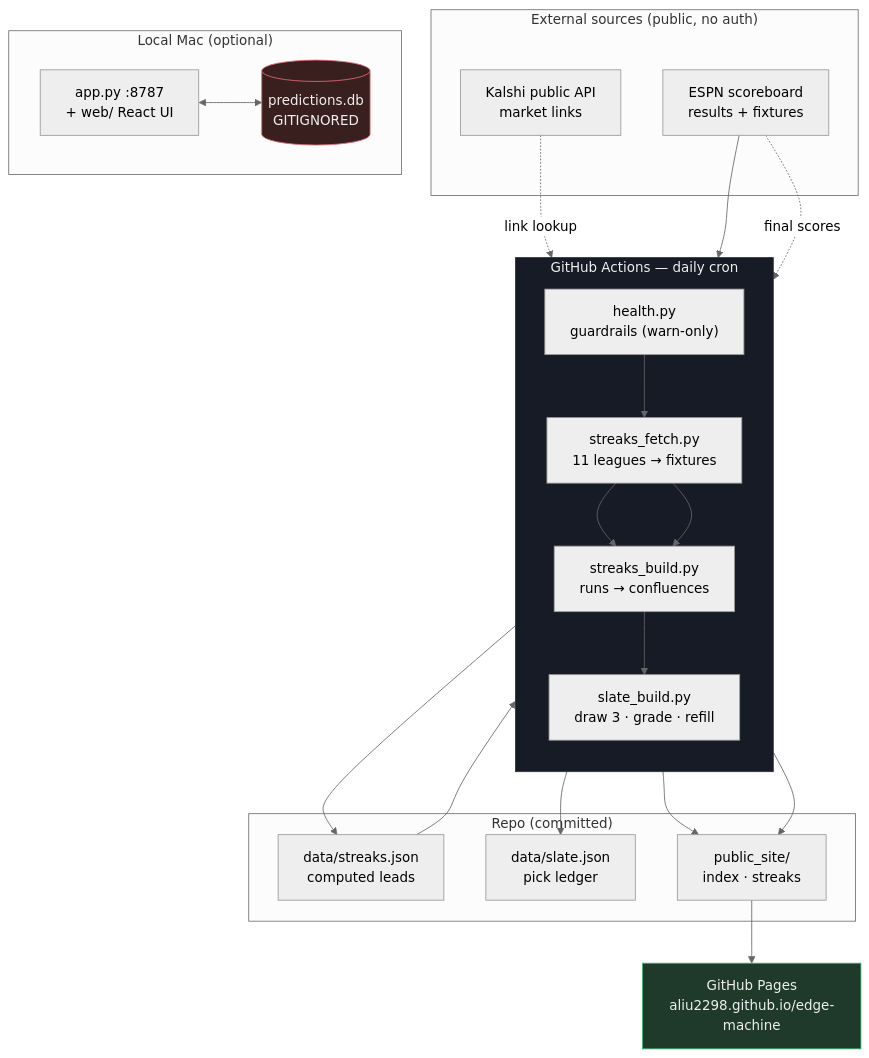
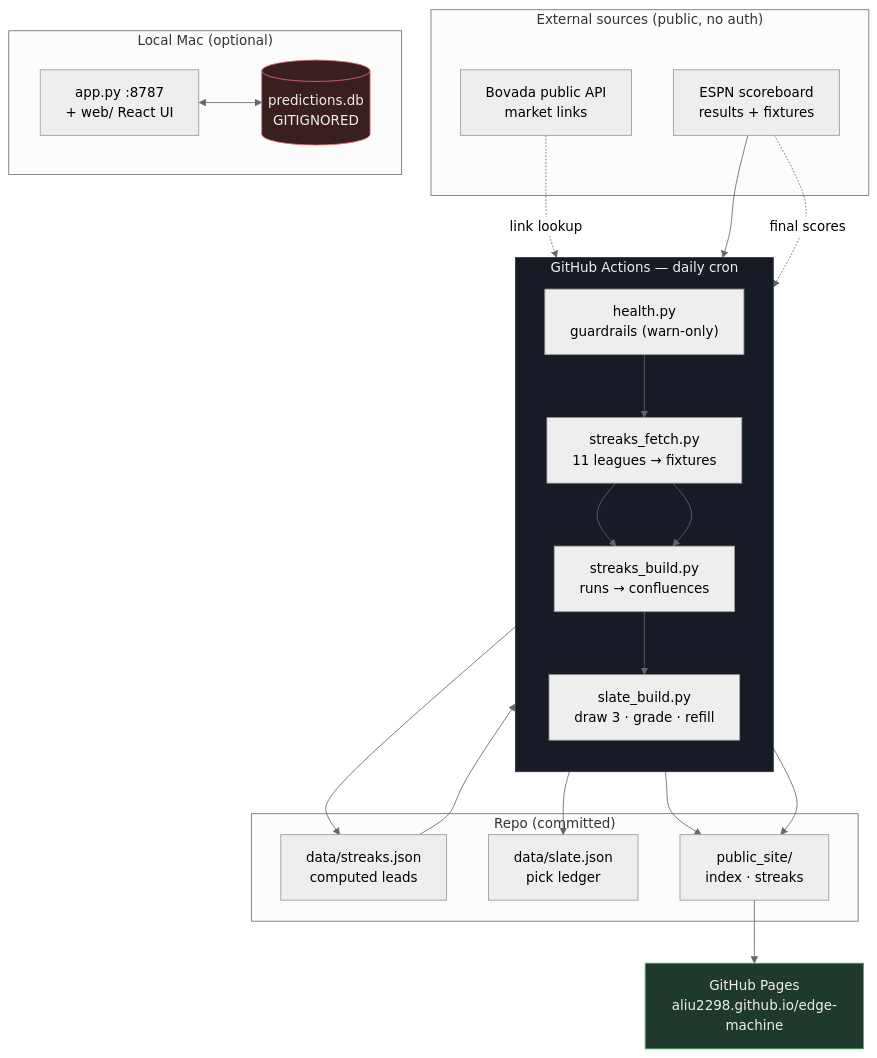
One commit to aliu2298/edge-machine changed the diagram in README.md. Above: the diagram before and after it, drawn with Mermaid (neutral theme). The commit also changed other lines of this file and 9 other files, not shown here.

````diff
--- a/README.md
+++ b/README.md
@@ -16,42 +16,42 @@
 ```mermaid
 flowchart TB
     subgraph CI["GitHub Actions — daily cron"]
         direction TB
         HC["health.py<br/>guardrails (warn-only)"]
         SF["streaks_fetch.py<br/>11 leagues → fixtures"]
         SB["streaks_build.py<br/>runs → confluences"]
         SL["slate_build.py<br/>draw 3 · grade · refill"]
         HC --> SF --> SB --> SL
     end
 
     subgraph EXT["External sources (public, no auth)"]
-        KAL["Kalshi public API<br/>market links"]
+        BOV["Bovada public API<br/>market links"]
         ESPN["ESPN scoreboard<br/>results + fixtures"]
     end
 
     subgraph REPO["Repo (committed)"]
         SJ["data/streaks.json<br/>computed leads"]
         SLJ["data/slate.json<br/>pick ledger"]
         OUT["public_site/<br/>index · streaks"]
     end
 
     subgraph LOCAL["Local Mac (optional)"]
         APP["app.py :8787<br/>+ web/ React UI"]
         DB[("predictions.db<br/>GITIGNORED")]
         APP <--> DB
     end
 
-    KAL -.link lookup.-> SB
+    BOV -.link lookup.-> SB
     ESPN --> SF
     ESPN -.final scores.-> SL
 
     SF --> SB --> SJ --> SL --> SLJ
     SB --> OUT
     SL --> OUT
 
     OUT --> PAGES["GitHub Pages<br/>aliu2298.github.io/edge-machine"]
 
     style DB fill:#3a1f1f,stroke:#e06c75,color:#eee
     style PAGES fill:#1f3a2a,stroke:#3fb970,color:#eee
     style CI fill:#161b26,stroke:#2b3245,color:#eee
 ```
````
